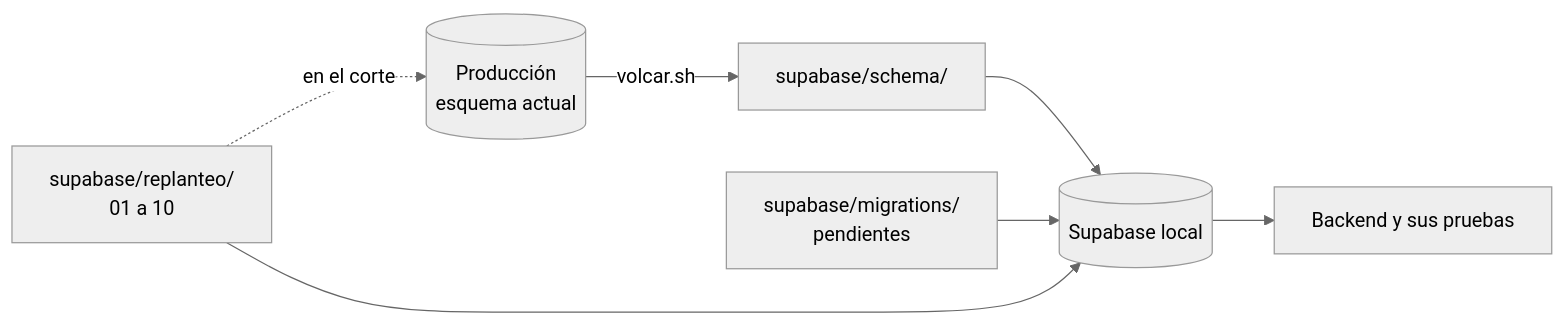
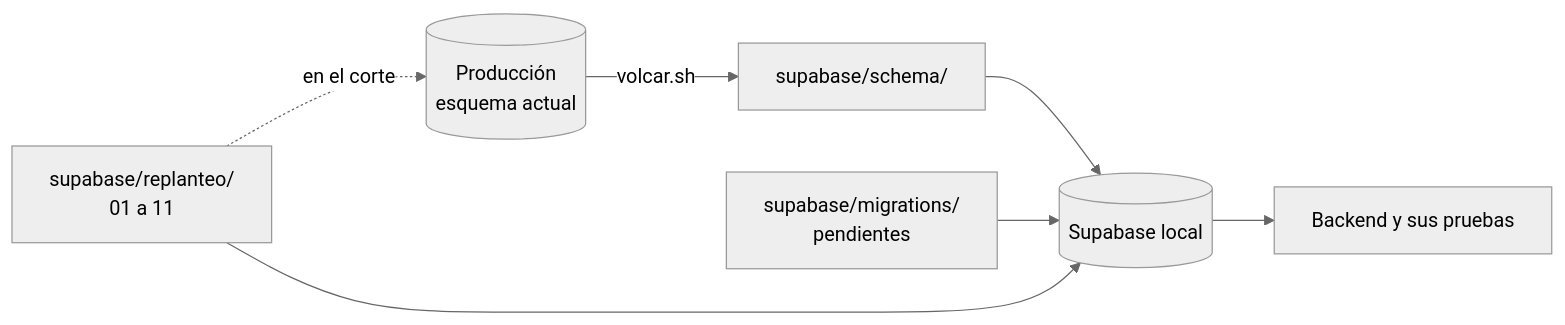
The diagram in docs/bitacora/2026-10-14-replanteo-modelo-datos/DOCUMENTACION.md (mchssj/v34frag), drawn with Mermaid (neutral theme) before and after one commit. The commit also changed other lines of this file and 4 other files, not shown here.

First line of the commit message:
feat(supabase): vistas de listados en la base (replanteo 11, solo local)

````diff
--- a/docs/bitacora/2026-10-14-replanteo-modelo-datos/DOCUMENTACION.md
+++ b/docs/bitacora/2026-10-14-replanteo-modelo-datos/DOCUMENTACION.md
@@ -11,9 +11,9 @@
 ```mermaid
 flowchart LR
   P[(Producción<br/>esquema actual)] -- volcar.sh --> S[supabase/schema/]
   S --> L[(Supabase local)]
   M[supabase/migrations/<br/>pendientes] --> L
-  R[supabase/replanteo/<br/>01 a 10] --> L
+  R[supabase/replanteo/<br/>01 a 11] --> L
   L --> B[Backend y sus pruebas]
   R -. en el corte .-> P
 ```
````
